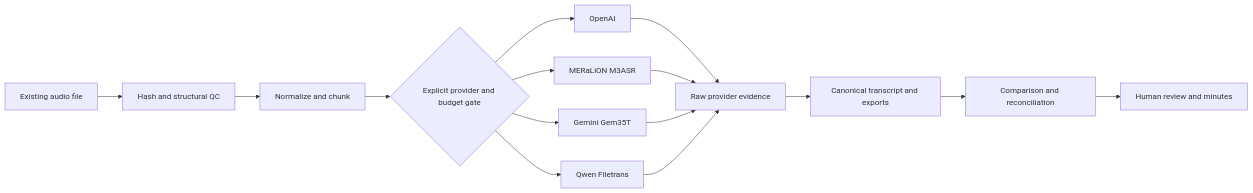
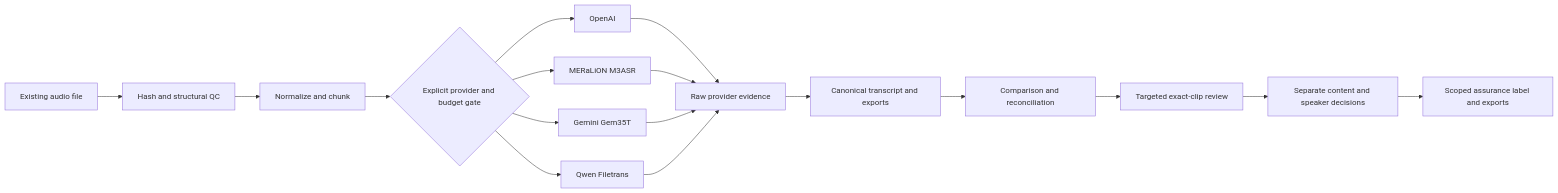
Before and after one commit to TengKianBoon/apma-singapore-asr: the diagram in docs/SHOWCASE.md, drawn with Mermaid. The commit also changed other lines of this file and 11 other files, not shown here.

Commit message:
feat: publish targeted human verification

````diff
--- a/docs/SHOWCASE.md
+++ b/docs/SHOWCASE.md
@@ -66,17 +73,19 @@
 ```mermaid
 flowchart LR
     A[Existing audio file] --> B[Hash and structural QC]
     B --> C[Normalize and chunk]
     C --> D{Explicit provider and budget gate}
     D --> E[OpenAI]
     D --> F[MERaLiON M3ASR]
     D --> G[Gemini Gem35T]
     D --> H[Qwen Filetrans]
     E --> I[Raw provider evidence]
     F --> I
     G --> I
     H --> I
     I --> J[Canonical transcript and exports]
     J --> K[Comparison and reconciliation]
-    K --> L[Human review and minutes]
+    K --> L[Targeted exact-clip review]
+    L --> M[Separate content and speaker decisions]
+    M --> N[Scoped assurance label and exports]
 ```
````
